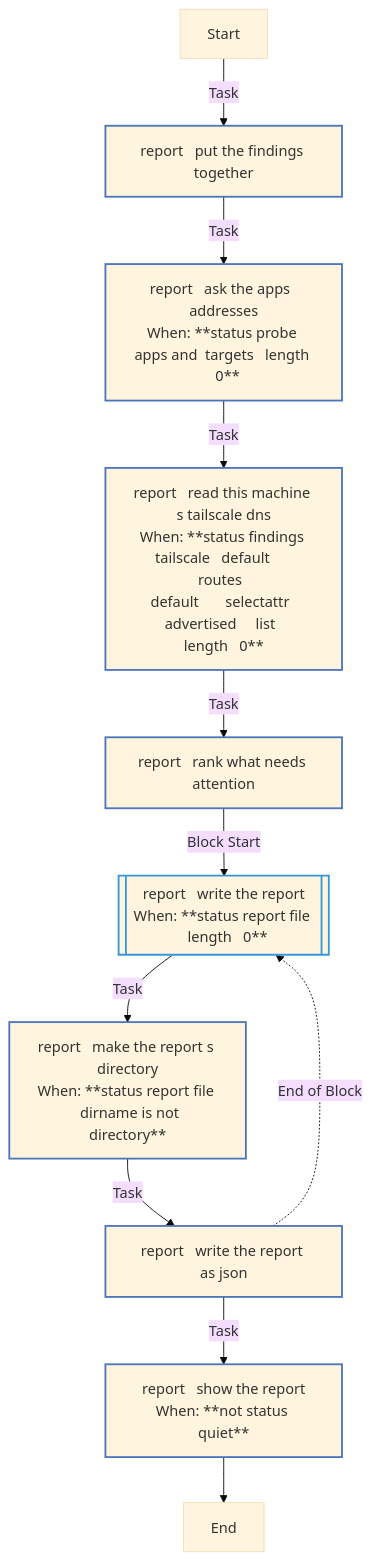
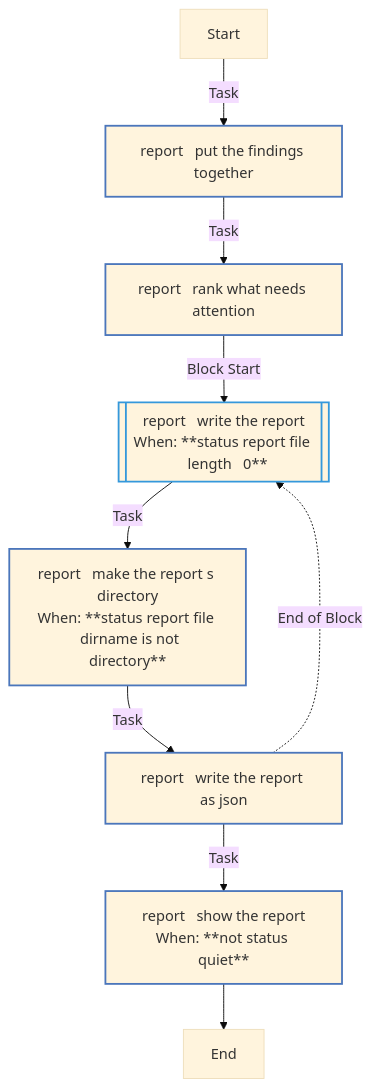
The fourth of 4 diagrams in roles/status/REFERENCE.md (kawadeomkar/homeserver), drawn with Mermaid (base theme) before and after one commit. The commit also changed other lines of this file and 15 other files, not shown here.

````diff
--- a/roles/status/REFERENCE.md
+++ b/roles/status/REFERENCE.md
@@ -715,23 +749,21 @@
 ```mermaid
 flowchart TD
 Start
 classDef block stroke:#3498db,stroke-width:2px;
 classDef task stroke:#4b76bb,stroke-width:2px;
 classDef includeTasks stroke:#16a085,stroke-width:2px;
 classDef importTasks stroke:#34495e,stroke-width:2px;
 classDef includeRole stroke:#2980b9,stroke-width:2px;
 classDef importRole stroke:#699ba7,stroke-width:2px;
 classDef includeVars stroke:#8e44ad,stroke-width:2px;
 classDef rescue stroke:#665352,stroke-width:2px;
 
   Start-->|Task| report___Put_the_findings_together0[report   put the findings together]:::task
-  report___Put_the_findings_together0-->|Task| report___Ask_the_apps__addresses1[report   ask the apps  addresses<br>When: **status probe apps and  targets   length   0**]:::task
-  report___Ask_the_apps__addresses1-->|Task| report___Read_this_machine_s_Tailscale_DNS2[report   read this machine s tailscale dns<br>When: **status findings tailscale   default      routes  <br>default       selectattr  advertised     list  <br>length   0**]:::task
-  report___Read_this_machine_s_Tailscale_DNS2-->|Task| report___Rank_what_needs_attention3[report   rank what needs attention]:::task
-  report___Rank_what_needs_attention3-->|Block Start| report___Write_the_report4_block_start_0[[report   write the report<br>When: **status report file   length   0**]]:::block
-  report___Write_the_report4_block_start_0-->|Task| report___Make_the_report_s_directory0[report   make the report s directory<br>When: **status report file   dirname is not directory**]:::task
+  report___Put_the_findings_together0-->|Task| report___Rank_what_needs_attention1[report   rank what needs attention]:::task
+  report___Rank_what_needs_attention1-->|Block Start| report___Write_the_report2_block_start_0[[report   write the report<br>When: **status report file   length   0**]]:::block
+  report___Write_the_report2_block_start_0-->|Task| report___Make_the_report_s_directory0[report   make the report s directory<br>When: **status report file   dirname is not directory**]:::task
   report___Make_the_report_s_directory0-->|Task| report___Write_the_report_as_JSON1[report   write the report as json]:::task
-  report___Write_the_report_as_JSON1-.->|End of Block| report___Write_the_report4_block_start_0
-  report___Write_the_report_as_JSON1-->|Task| report___Show_the_report5[report   show the report<br>When: **not status quiet**]:::task
-  report___Show_the_report5-->End
+  report___Write_the_report_as_JSON1-.->|End of Block| report___Write_the_report2_block_start_0
+  report___Write_the_report_as_JSON1-->|Task| report___Show_the_report3[report   show the report<br>When: **not status quiet**]:::task
+  report___Show_the_report3-->End
 ```
````
